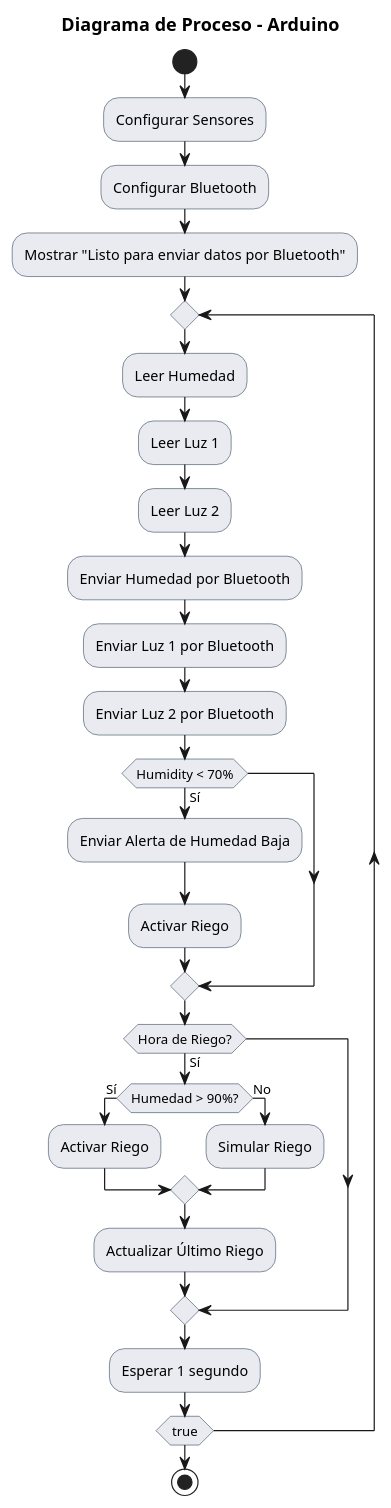
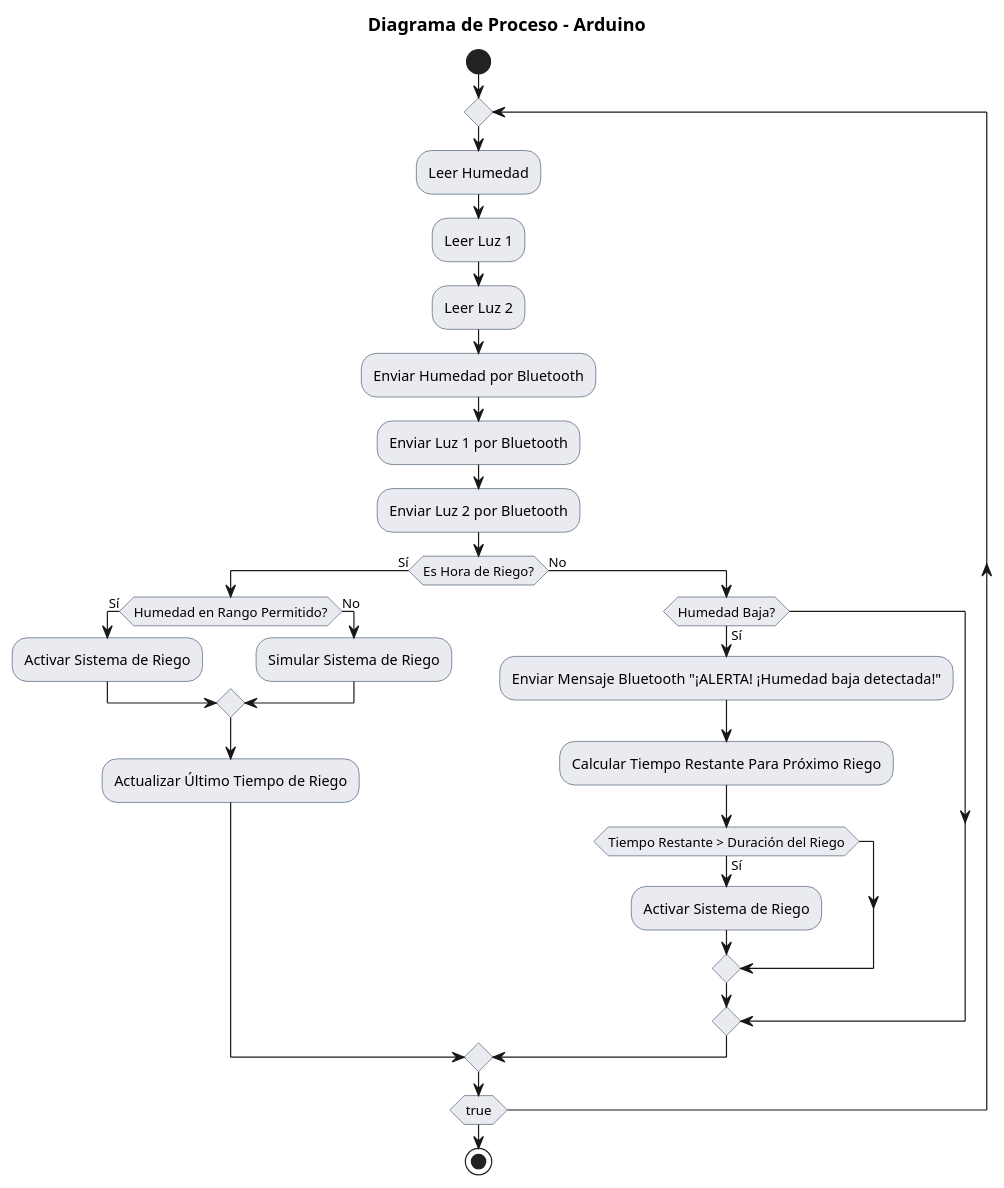
The diagram in documentation/algorithm.pu (cicer-0/BlueGrow), drawn with PlantUML before and after one commit. The commit also changed 4 other files, not shown here.

First line of the commit message:
Actualización del código del sistema de riego

```diff
--- a/documentation/algorithm.pu
+++ b/documentation/algorithm.pu
@@ -1,46 +1,47 @@
-@startuml Arduino Nano Riego
+@startuml Arduino Nano Sistema de Riego
 
 ' Definición de símbolos
 skinparam defaultFontName Arial
 skinparam titleFontSize 15
 skinparam diagramPadding 10
 skinparam conditionDiamondBackgroundColor #A9DCDF
 skinparam conditionDiamondBorderColor #34495E
 skinparam activityBackgroundColor #E9EBF0
 skinparam activityBorderColor #34495E
 
 ' Título
 title Diagrama de Proceso - Arduino
 
 ' Definición de nodos y flujo
 
 start
-:Configurar Sensores;
-:Configurar Bluetooth;
-:Mostrar "Listo para enviar datos por Bluetooth";
+repeat
+    :Leer Humedad;
+    :Leer Luz 1;
+    :Leer Luz 2;
+    :Enviar Humedad por Bluetooth;
+    :Enviar Luz 1 por Bluetooth;
+    :Enviar Luz 2 por Bluetooth;
+    if (Es Hora de Riego?) then (Sí)
+        if (Humedad en Rango Permitido?) then (Sí)
+            :Activar Sistema de Riego;
+        else (No)
+            :Simular Sistema de Riego;
+        endif
+        :Actualizar Último Tiempo de Riego;
+    else (No)
+        if (Humedad Baja?) then (Sí)
+            :Enviar Mensaje Bluetooth "¡ALERTA! ¡Humedad baja detectada!";
+            :Calcular Tiempo Restante Para Próximo Riego;
+            if (Tiempo Restante > Duración del Riego) then (Sí)
+                :Activar Sistema de Riego;
+            endif
 
-repeat
-  :Leer Humedad;
-  :Leer Luz 1;
-  :Leer Luz 2;
-  :Enviar Humedad por Bluetooth;
-  :Enviar Luz 1 por Bluetooth;
-  :Enviar Luz 2 por Bluetooth;
-  if (Humidity < 70%) then (Sí)
-    :Enviar Alerta de Humedad Baja;
-    :Activar Riego;
-  endif
-  if (Hora de Riego?) then (Sí)
-    if (Humedad > 90%?) then (Sí)
-      :Activar Riego;
-    else (No)
-      :Simular Riego;
+        endif
     endif
-    :Actualizar Último Riego;
-  endif
-  :Esperar 1 segundo;
 repeat while (true)
+
 
 stop
 
 @enduml
```
